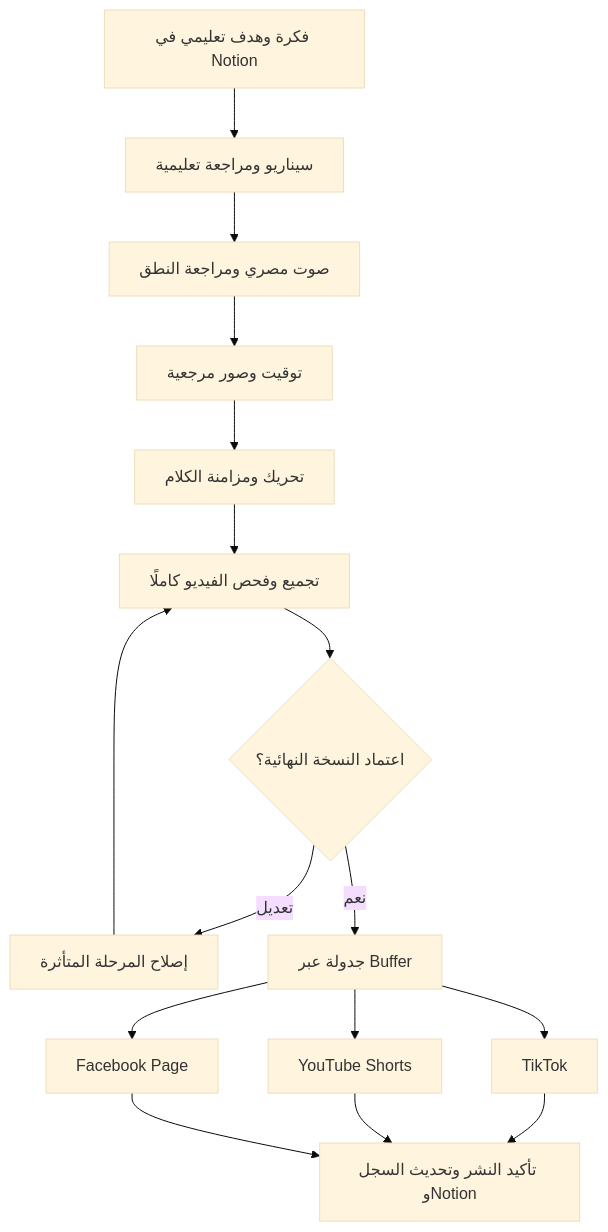
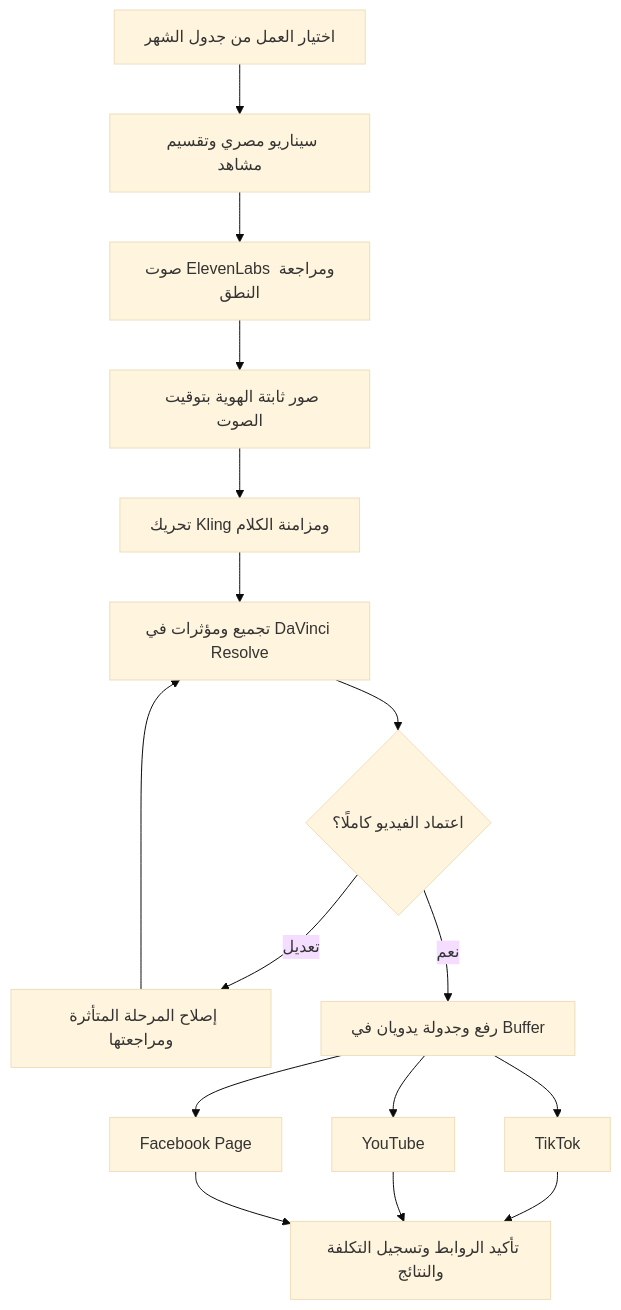
One commit to AhmedSalem104/marah-content-studio changed the diagram in README.md. Above: the diagram before and after it, drawn with Mermaid (base theme). The commit also changed other lines of this file, not shown here.

Commit message:
docs: show manual production flow as current workflow

````diff
--- a/README.md
+++ b/README.md
@@ -78,18 +78,18 @@
 ```mermaid
 flowchart TD
- A["فكرة وهدف تعليمي في Notion"] --> B["سيناريو ومراجعة تعليمية"]
- B --> C["صوت مصري ومراجعة النطق"]
- C --> D["توقيت وصور مرجعية"]
- D --> E["تحريك ومزامنة الكلام"]
- E --> F["تجميع وفحص الفيديو كاملًا"]
- F --> G{"اعتماد النسخة النهائية؟"}
- G -->|تعديل| H["إصلاح المرحلة المتأثرة"]
+ A["اختيار العمل من جدول الشهر"] --> B["سيناريو مصري وتقسيم مشاهد"]
+ B --> C["صوت ElevenLabs ومراجعة النطق"]
+ C --> D["صور ثابتة الهوية بتوقيت الصوت"]
+ D --> E["تحريك Kling ومزامنة الكلام"]
+ E --> F["تجميع ومؤثرات في DaVinci Resolve"]
+ F --> G{"اعتماد الفيديو كاملًا؟"}
+ G -->|تعديل| H["إصلاح المرحلة المتأثرة ومراجعتها"]
  H --> F
- G -->|نعم| I["جدولة عبر Buffer"]
+ G -->|نعم| I["رفع وجدولة يدويان في Buffer"]
  I --> J["TikTok"]
- I --> K["YouTube Shorts"]
+ I --> K["YouTube"]
  I --> L["Facebook Page"]
- J --> M["تأكيد النشر وتحديث السجل وNotion"]
+ J --> M["تأكيد الروابط وتسجيل التكلفة والنتائج"]
  K --> M
  L --> M
 ```
````
